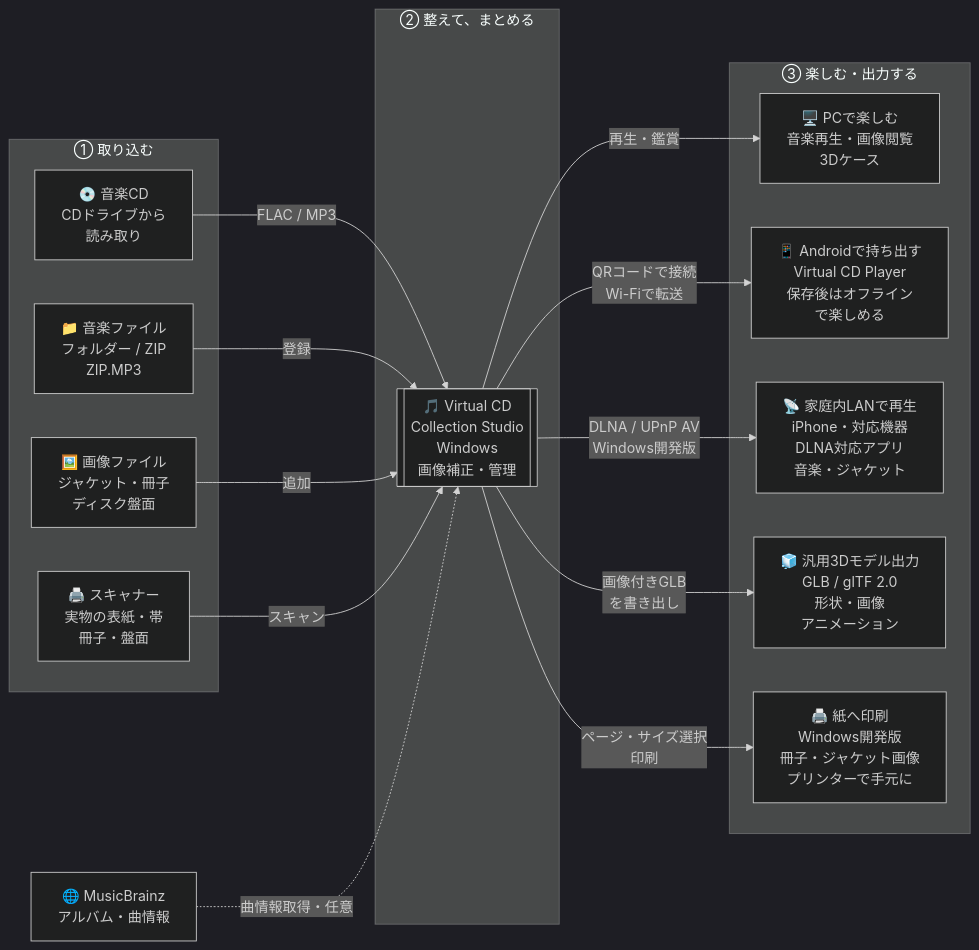
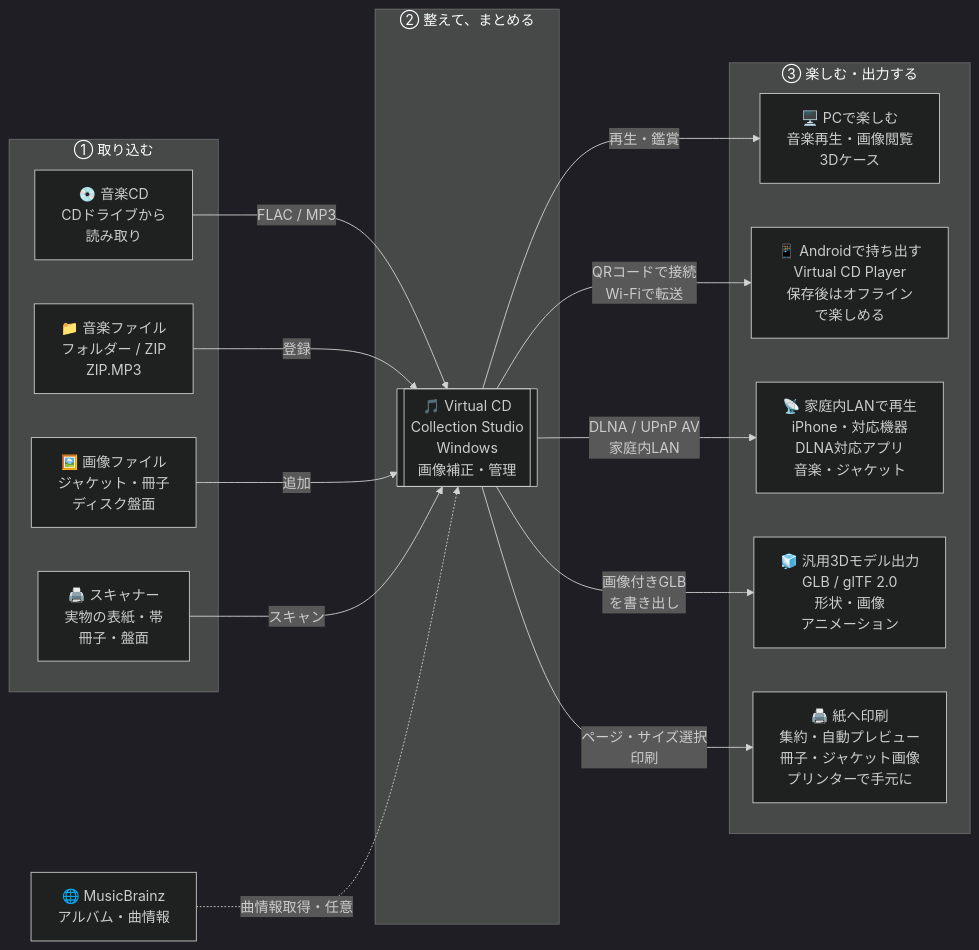
The diagram in docs/INTEGRATION_OVERVIEW.md (kksszz/virtual-cd-collection-studio), drawn with Mermaid (dark theme) before and after one commit. The commit also changed other lines of this file and 22 other files, not shown here.

````diff
--- a/docs/INTEGRATION_OVERVIEW.md
+++ b/docs/INTEGRATION_OVERVIEW.md
@@ -16,33 +16,33 @@
 ```mermaid
 flowchart LR
     subgraph INPUT["① 取り込む"]
         CD["💿 音楽CD<br/>CDドライブから<br/>読み取り"]
         MUSIC["📁 音楽ファイル<br/>フォルダー / ZIP<br/>ZIP.MP3"]
         IMAGE["🖼️ 画像ファイル<br/>ジャケット・冊子<br/>ディスク盤面"]
         SCANNER["🖨️ スキャナー<br/>実物の表紙・帯<br/>冊子・盤面"]
     end
 
     subgraph LIBRARY["② 整えて、まとめる"]
         APP[["🎵 Virtual CD<br/>Collection Studio<br/>Windows<br/>画像補正・管理"]]
     end
 
     subgraph ENJOY["③ 楽しむ・出力する"]
         PC["🖥️ PCで楽しむ<br/>音楽再生・画像閲覧<br/>3Dケース"]
         PHONE["📱 Androidで持ち出す<br/>Virtual CD Player<br/>保存後はオフライン<br/>で楽しめる"]
         DLNA["📡 家庭内LANで再生<br/>iPhone・対応機器<br/>DLNA対応アプリ<br/>音楽・ジャケット"]
         MODEL["🧊 汎用3Dモデル出力<br/>GLB / glTF 2.0<br/>形状・画像<br/>アニメーション"]
-        PRINT["🖨️ 紙へ印刷<br/>Windows開発版<br/>冊子・ジャケット画像<br/>プリンターで手元に"]
+        PRINT["🖨️ 紙へ印刷<br/>集約・自動プレビュー<br/>冊子・ジャケット画像<br/>プリンターで手元に"]
     end
 
     META["🌐 MusicBrainz<br/>アルバム・曲情報"]
     CD -->|"FLAC / MP3"| APP
     MUSIC -->|"登録"| APP
     IMAGE -->|"追加"| APP
     SCANNER -->|"スキャン"| APP
     META -.->|"曲情報取得・任意"| APP
     APP -->|"再生・鑑賞"| PC
     APP -->|"QRコードで接続<br/>Wi-Fiで転送"| PHONE
-    APP -->|"DLNA / UPnP AV<br/>Windows開発版"| DLNA
+    APP -->|"DLNA / UPnP AV<br/>家庭内LAN"| DLNA
     APP -->|"画像付きGLB<br/>を書き出し"| MODEL
     APP -->|"ページ・サイズ選択<br/>印刷"| PRINT
 ```
````
